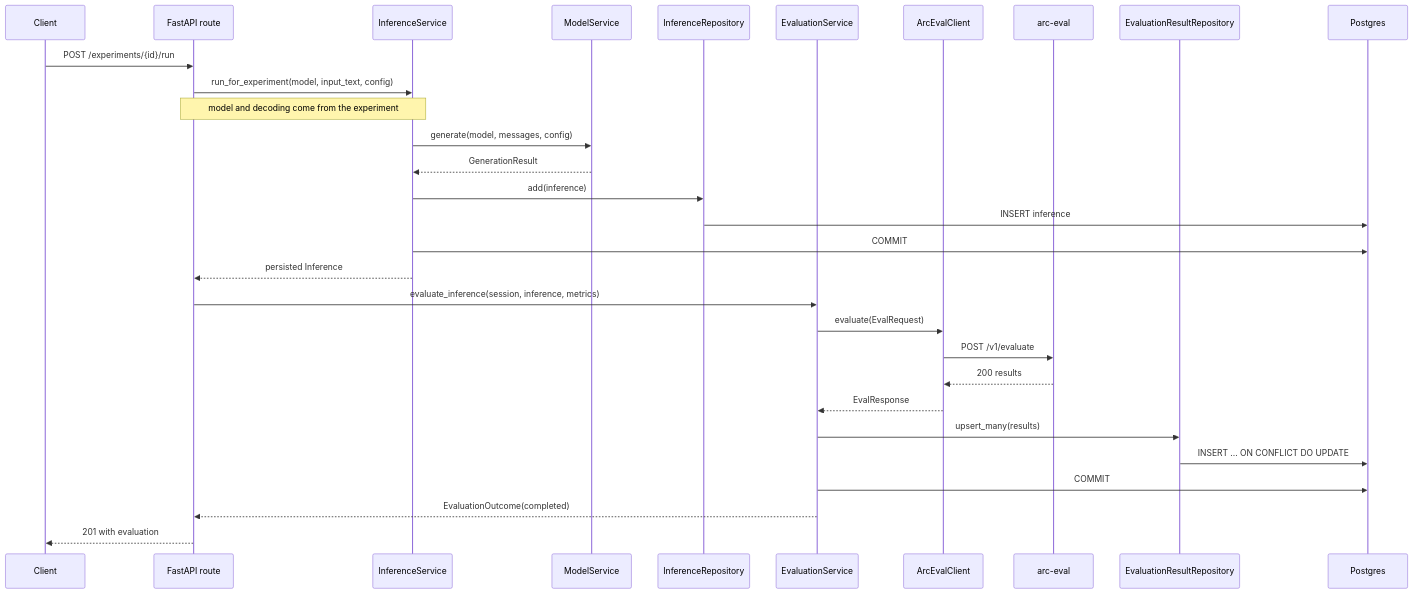
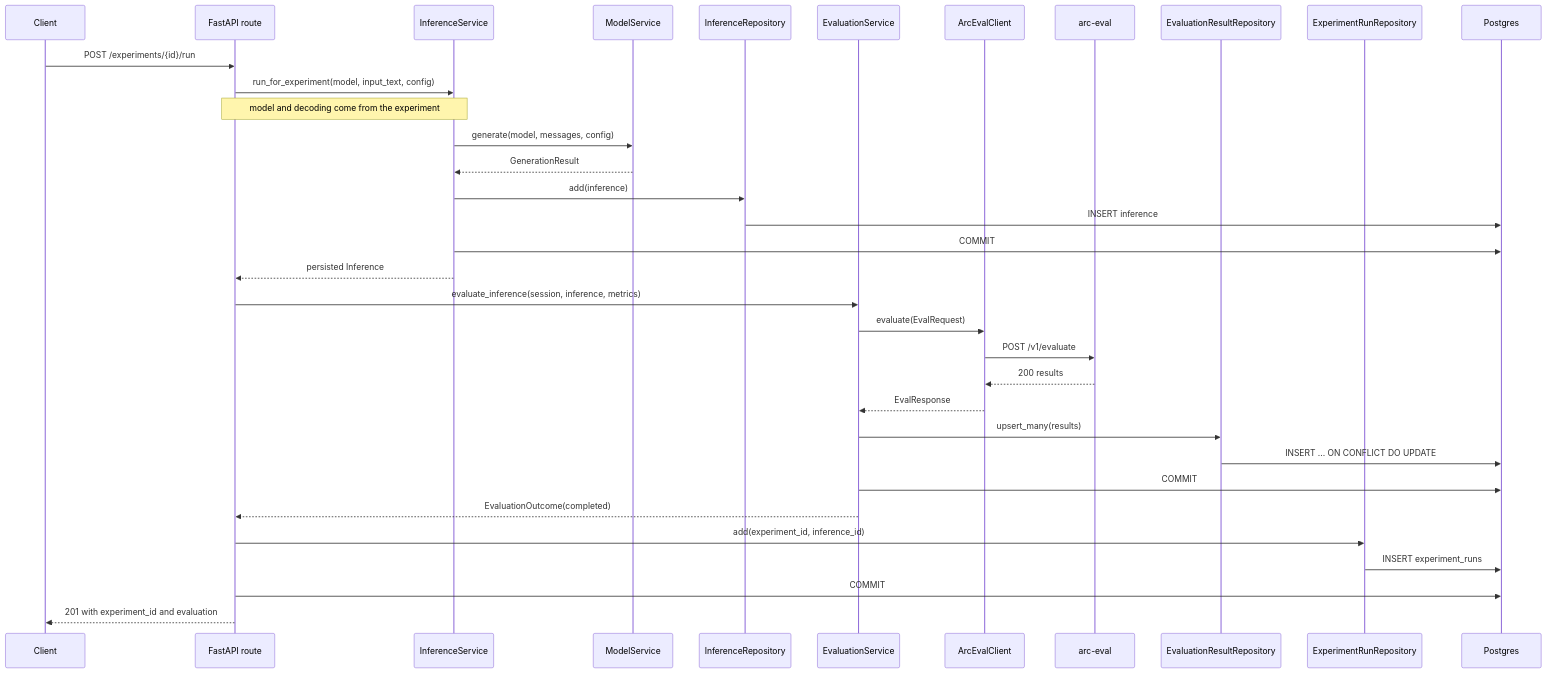
The second of 5 diagrams in docs/dataflow.md (DimitarAtanassov/arc-model-lab), drawn with Mermaid before and after one commit. The commit also changed other lines of this file and 21 other files, not shown here.

````diff
--- a/docs/dataflow.md
+++ b/docs/dataflow.md
@@ -56,34 +60,39 @@
 ```mermaid
 sequenceDiagram
     participant Client
     participant API as FastAPI route
     participant Inf as InferenceService
     participant MS as ModelService
     participant IRepo as InferenceRepository
     participant Eval as EvaluationService
     participant AEC as ArcEvalClient
     participant Arc as arc-eval
     participant ERepo as EvaluationResultRepository
+    participant RRepo as ExperimentRunRepository
     participant DB as Postgres
 
     Client->>API: POST /experiments/{id}/run
     API->>Inf: run_for_experiment(model, input_text, config)
     Note over API,Inf: model and decoding come from the experiment
     Inf->>MS: generate(model, messages, config)
     MS-->>Inf: GenerationResult
     Inf->>IRepo: add(inference)
     IRepo->>DB: INSERT inference
     Inf->>DB: COMMIT
     Inf-->>API: persisted Inference
 
     API->>Eval: evaluate_inference(session, inference, metrics)
     Eval->>AEC: evaluate(EvalRequest)
     AEC->>Arc: POST /v1/evaluate
     Arc-->>AEC: 200 results
     AEC-->>Eval: EvalResponse
     Eval->>ERepo: upsert_many(results)
     ERepo->>DB: INSERT ... ON CONFLICT DO UPDATE
     Eval->>DB: COMMIT
     Eval-->>API: EvaluationOutcome(completed)
-    API-->>Client: 201 with evaluation
+
+    API->>RRepo: add(experiment_id, inference_id)
+    RRepo->>DB: INSERT experiment_runs
+    API->>DB: COMMIT
+    API-->>Client: 201 with experiment_id and evaluation
 ```
````
